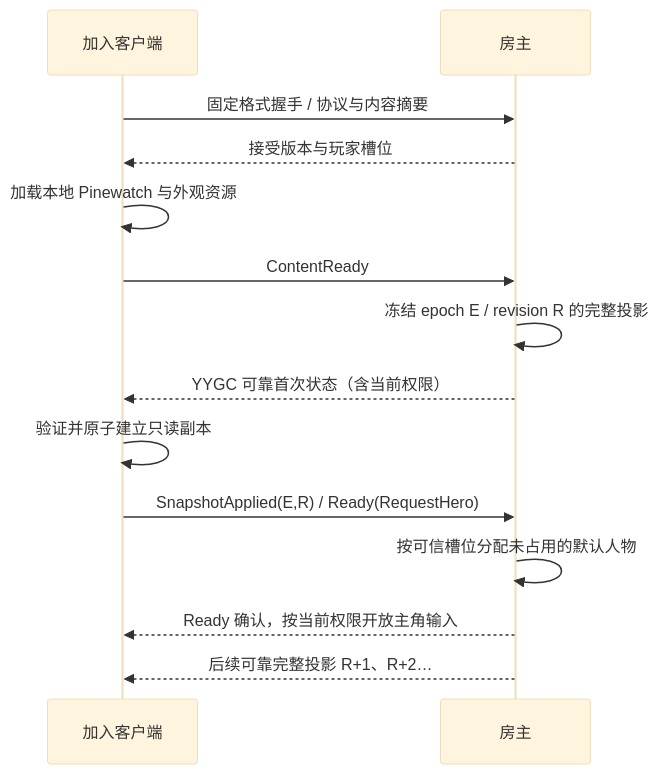
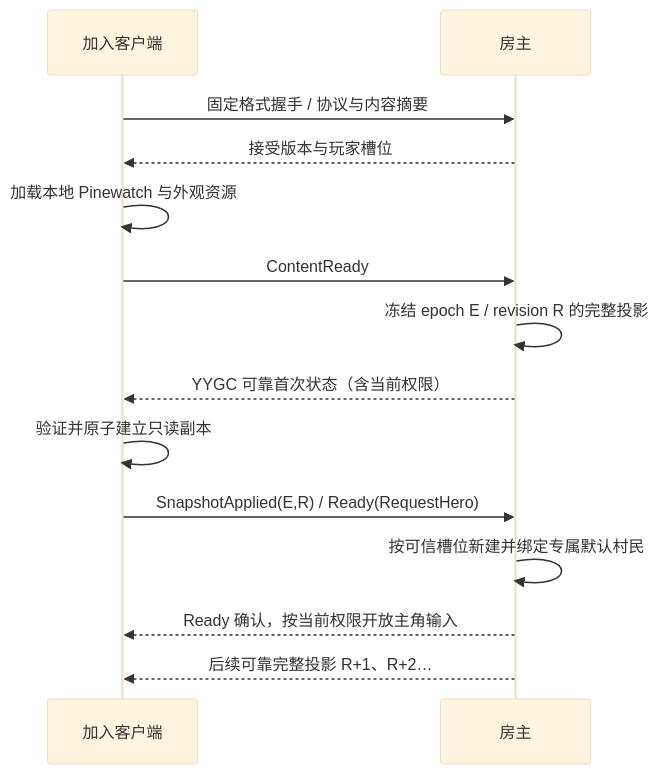
One commit to surgame/dark-night-unity changed the diagram in docs/MULTIPLAYER.md. Above: the diagram before and after it, drawn with Mermaid (base theme). The commit also changed other lines of this file and 19 other files, not shown here.

````diff
--- a/docs/MULTIPLAYER.md
+++ b/docs/MULTIPLAYER.md
@@ -115,16 +115,16 @@
 ```mermaid
 sequenceDiagram
     participant C as 加入客户端
     participant H as 房主
     C->>H: 固定格式握手 / 协议与内容摘要
     H-->>C: 接受版本与玩家槽位
     C->>C: 加载本地 Pinewatch 与外观资源
     C->>H: ContentReady
     H->>H: 冻结 epoch E / revision R 的完整投影
     H-->>C: YYGC 可靠首次状态（含当前权限）
     C->>C: 验证并原子建立只读副本
     C->>H: SnapshotApplied(E,R) / Ready(RequestHero)
-    H->>H: 按可信槽位分配未占用的默认人物
+    H->>H: 按可信槽位新建并绑定专属默认村民
     H-->>C: Ready 确认，按当前权限开放主角输入
     H-->>C: 后续可靠完整投影 R+1、R+2…
 ```
````
